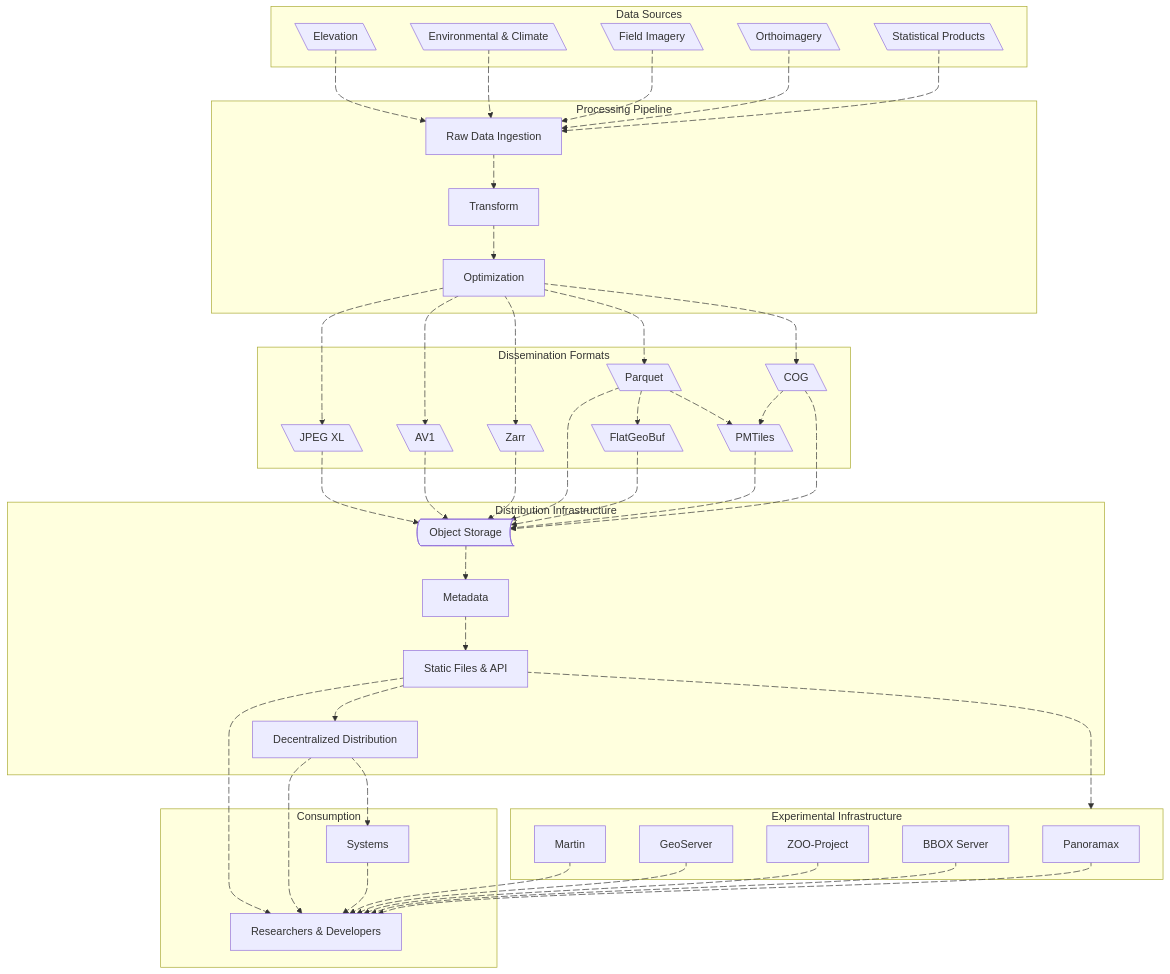
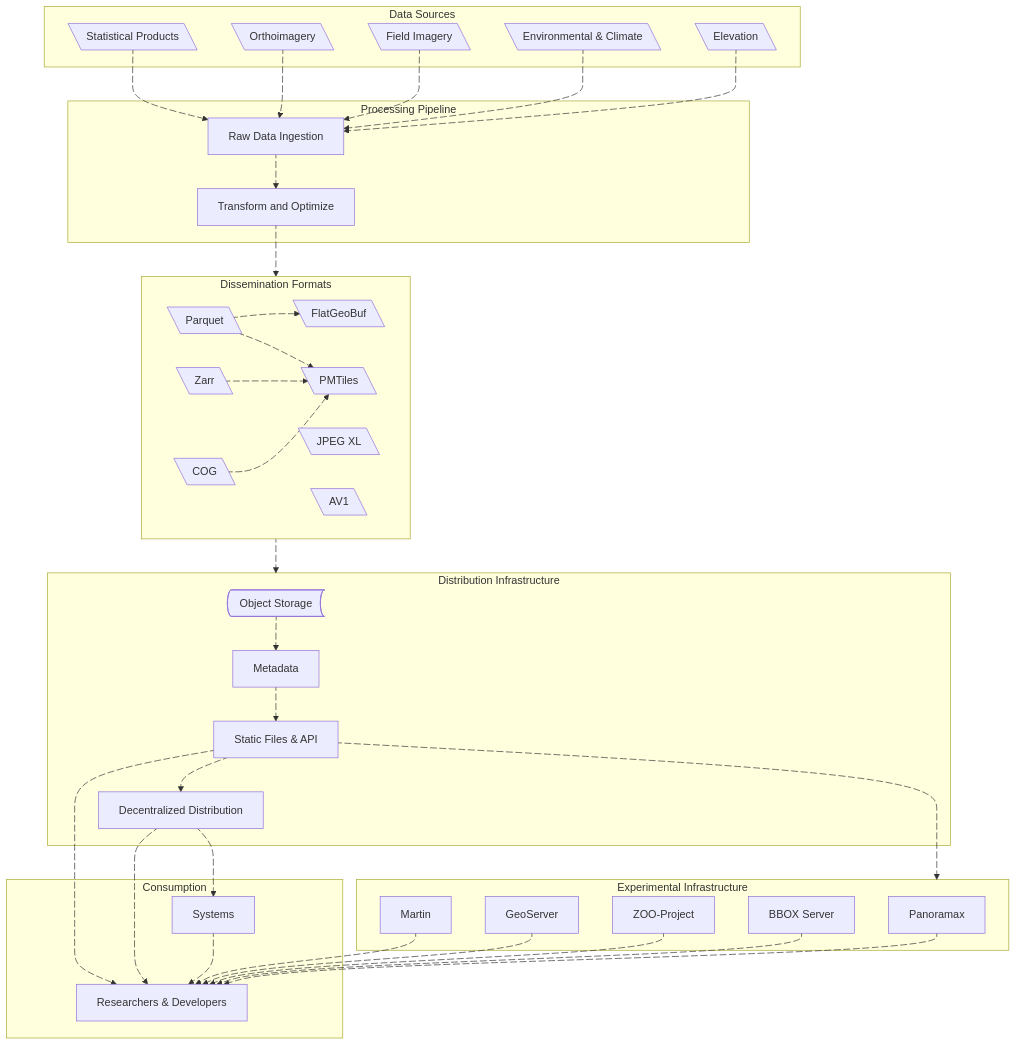
One commit to dataforcanada/www.dataforcanada.org changed the diagram in content/_index.md. Above: the diagram before and after it, drawn with Mermaid.

Commit message:
Simplify high-level overview diagram on homepage

````diff
--- a/content/_index.md
+++ b/content/_index.md
@@ -23,6 +23,6 @@
 ```mermaid
 flowchart TD
-    subgraph "Data Sources"
+    subgraph ds [Data Sources]
         StatProducts@{ shape: lean-l, label: "Statistical Products"}
         Orthoimagery@{ shape: lean-l}
         FieldImagery@{ shape: lean-l, label: "Field Imagery"}
@@ -30,13 +30,12 @@
         EnvironmentClimate@{ shape: lean-l, label: "Environmental & Climate"}
     end
 
-    subgraph "Processing Pipeline"
+    subgraph pp [Processing Pipeline]
         Raw@{ shape: rect, label: "Raw Data Ingestion"}
-        Transform@{ shape: rect, label: "Transform"}
-        Opt@{ shape: rect, label: "Optimization"}
+        Transform@{ shape: rect, label: "Transform and Optimize"}
     end
 
-    subgraph "Dissemination Formats"
+    subgraph df [Dissemination Formats]
         Parquet@{ shape: lean-l}
         FlatGeoBuf@{ shape: lean-l}
         PMTiles@{ shape: lean-l}
@@ -46,7 +45,7 @@
         AV1@{ shape: lean-l, label: "AV1"}
     end
 
-    subgraph "Distribution Infrastructure"
+    subgraph di [Distribution Infrastructure]
         ObjectStorage@{ shape: bow-rect, label: "Object Storage"}
         Metadata@{ shape: rect}
         HTTP@{ shape: rect, label: "Static Files & API"}
@@ -67,48 +66,28 @@
     end
 
     %% Relationships
+    StatProducts a1@--> Raw
+    a1@{animate: true, animation: slow}
+    Orthoimagery a2@--> Raw
+    a2@{animate: true, animation: slow}
+    FieldImagery a32@--> Raw
+    a32@{animate:true, animation: fast}
+    EnvironmentClimate a31@--> Raw
+    a31@{animate: true, animation: fast}
     Elevation a3@--> Raw
     a3@{animate: true, animation: slow}
-    EnvironmentClimate a31@--> Raw
-    a31@{animate: true, animation: slow}
-    FieldImagery a32@--> Raw
-    a32@{animate:true, animation: fast}
-    Orthoimagery a2@--> Raw
-    a2@{animate: true, animation: slow}
-    StatProducts a1@--> Raw
-    a1@{animate: true, animation: slow}
     Raw a4@--> Transform
     a4@{animate: true, animation: slow}
-    Transform a5@--> Opt
+    Transform a5@--> df
     a5@{animate: true, animation: slow}
-    Opt a6@--> Parquet
-    a6@{animate: true, animation: slow}
     Parquet a7@--> FlatGeoBuf
     a7@{animate: true, animation: slow}
     Parquet a8@--> PMTiles
     a8@{animate: true, animation: slow}
-    Opt a9@--> COG
-    a9@{animate: true, animation: slow}
-    Opt a29@--> Zarr
-    a29@{animate: true, animation: slow}
-    Opt a33@--> JPEGXL
-    a33@{animate: true, animation: slow}
-    JPEGXL a34@ --> ObjectStorage
-    a34@{animate: true, animation: fast}
-    Opt a35@--> AV1
-    a35@{animate: true, animation: slow}
-    AV1 a36@ --> ObjectStorage
+    Zarr a39@ --> PMTiles
+    a39@{animate: true, animation: slow}
+    df a36@ --> di
     a36@{animate: true, animation: slow}
-    Zarr a30@--> ObjectStorage
-    a30@{animate: true, animation: slow}
-    Parquet a10@--> ObjectStorage
-    a10@{animate: true, animation: slow}
-    FlatGeoBuf a11@--> ObjectStorage
-    a11@{animate: true, animation: slow}
-    PMTiles a12@--> ObjectStorage
-    a12@{animate: true, animation: slow}
-    COG a13@--> ObjectStorage
-    a13@{animate: true, animation: slow}
     COG a28@--> PMTiles
     a28@{animate: true, animation: slow}
     ObjectStorage a14@--> Metadata
````
